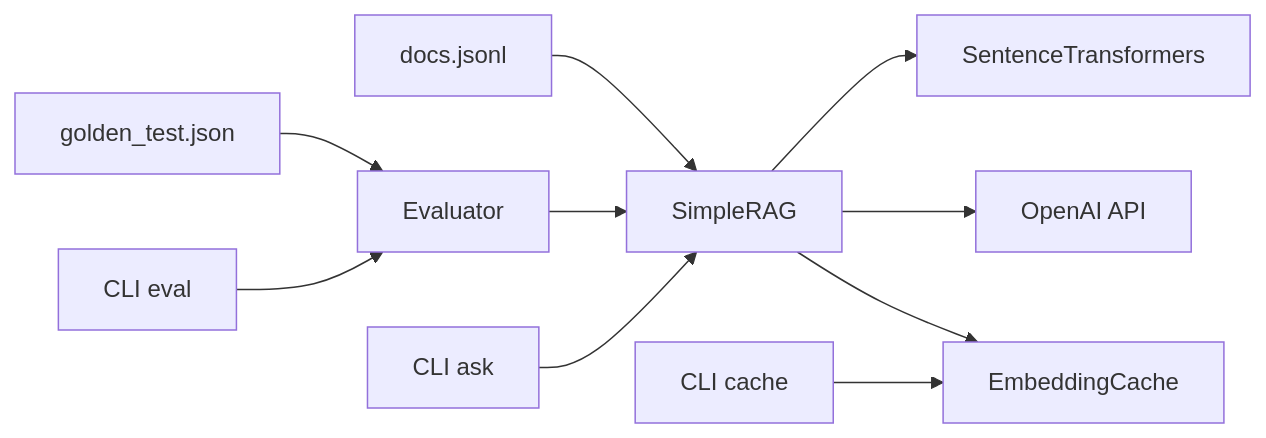
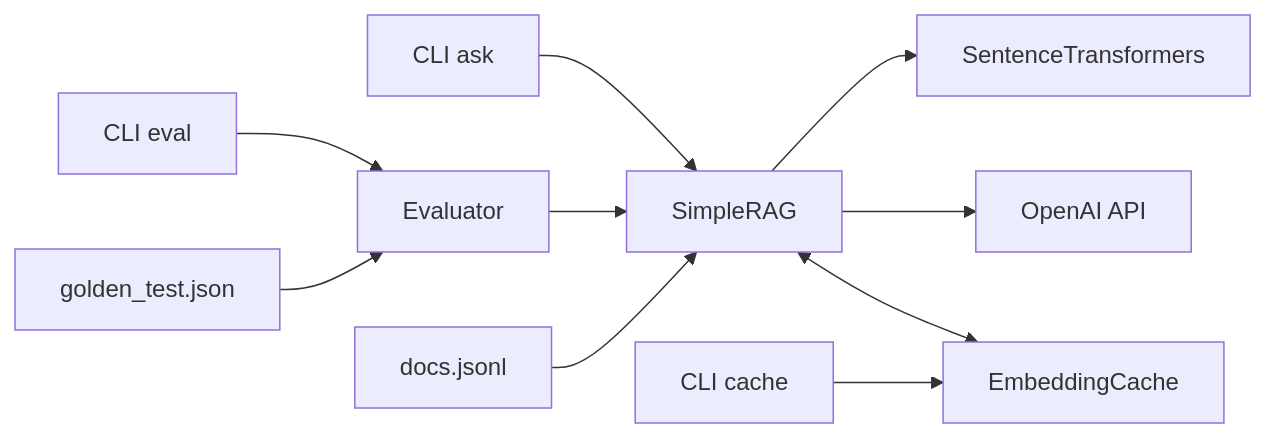
Before and after one commit to letanure/haystack-mini-rag: the second of 2 diagrams in README.md, drawn with Mermaid.

Commit message:
Fix arrow directions in component diagram
- CLI commands initiate actions (CLI -> components)
- Data files provide input to components
- SimpleRAG calls external services
- Cache has bidirectional relationship with SimpleRAG
- Evaluator uses SimpleRAG internally

````diff
--- a/README.md
+++ b/README.md
@@ -33,15 +33,15 @@
 ```mermaid
 flowchart LR
-    A[docs.jsonl] --> B[SimpleRAG]
-    C[golden_test.json] --> D[Evaluator]
+    H[CLI ask] --> B[SimpleRAG]
+    I[CLI eval] --> D[Evaluator]
+    J[CLI cache] --> G[EmbeddingCache]
+    
+    A[docs.jsonl] --> B
+    C[golden_test.json] --> D
     
     B --> E[SentenceTransformers]
     B --> F[OpenAI API]
-    B --> G[EmbeddingCache]
+    B <--> G
     
     D --> B
-    
-    H[CLI ask] --> B
-    I[CLI eval] --> D
-    J[CLI cache] --> G
 ```
````
